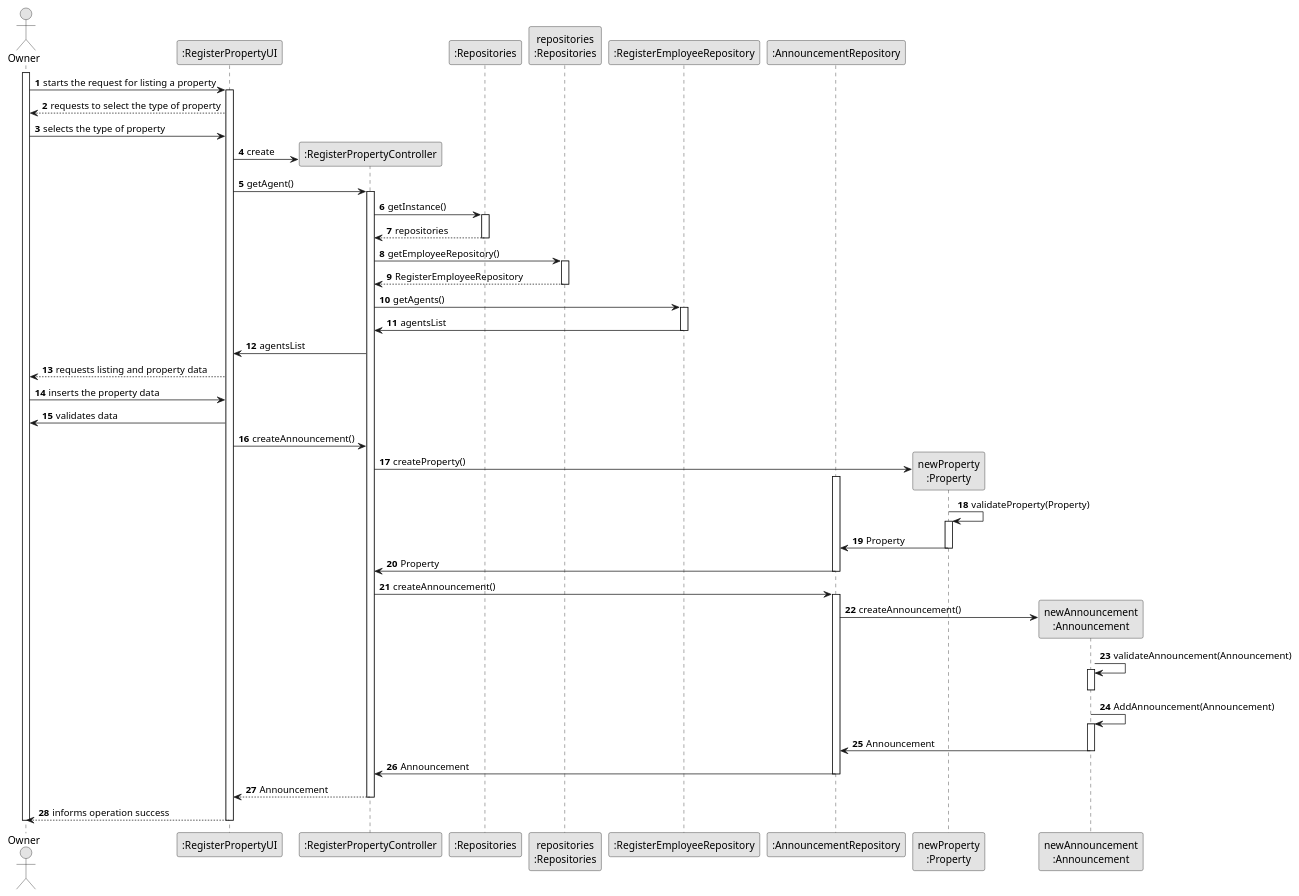
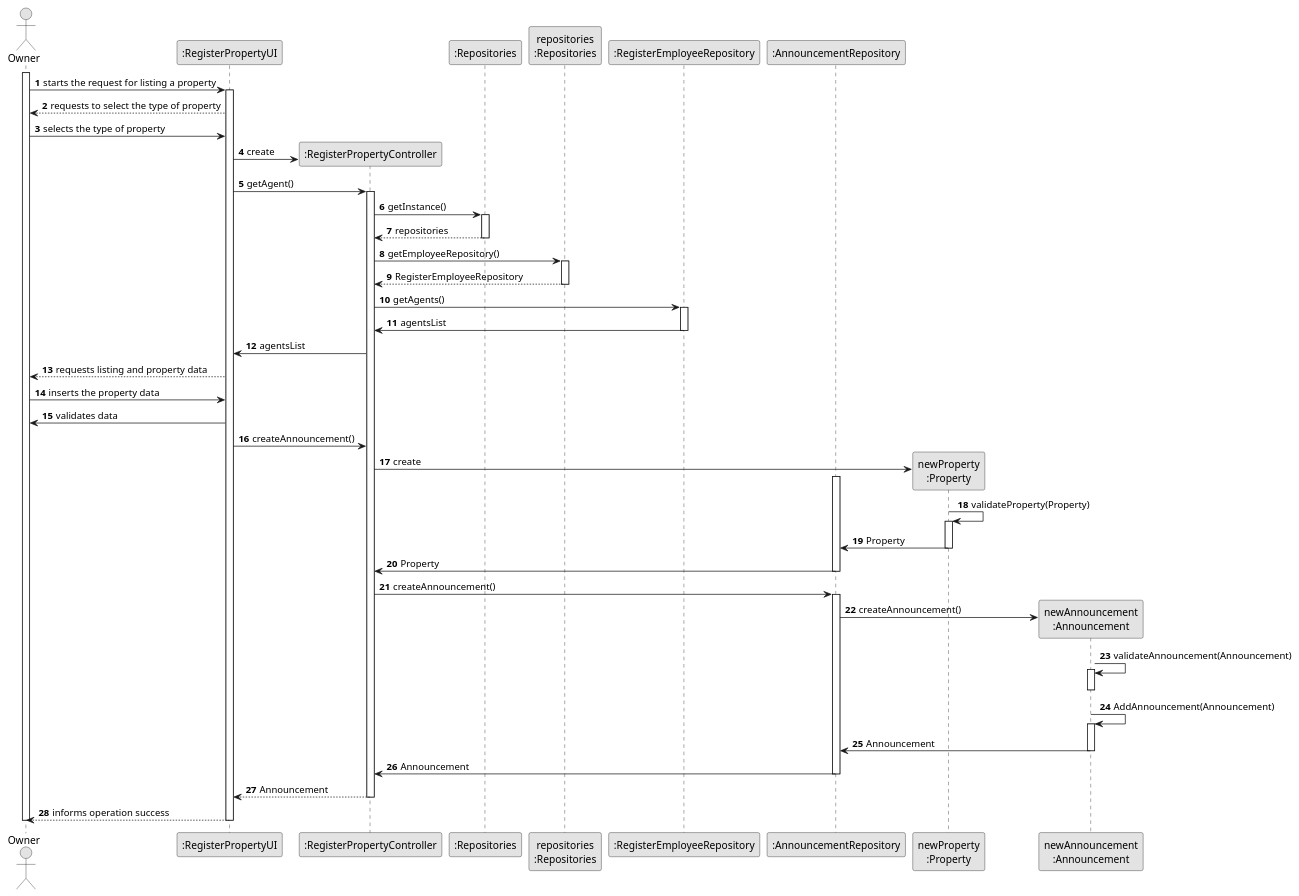
Before and after one commit to tiagohcorreia/LAPR2: the diagram in docs/sprintB/US004/03.design/puml/US004-SD.puml, drawn with PlantUML. The commit also changed 1 other file, not shown here.

```diff
--- a/docs/sprintB/US004/03.design/puml/US004-SD.puml
+++ b/docs/sprintB/US004/03.design/puml/US004-SD.puml
@@ -1,89 +1,89 @@
 @startuml
 skinparam monochrome true
 skinparam packageStyle rectangle
 skinparam shadowing false
 
 autonumber
 
 'hide footbox
 actor Owner as owner
 participant ":RegisterPropertyUI" as ui
 participant ":RegisterPropertyController" as ctrl
 participant ":Repositories" as RepositorySingleton
 participant "repositories\n:Repositories" as rep
 participant ":RegisterEmployeeRepository" as repEmp
 participant ":AnnouncementRepository" as repAnounc
 participant "newProperty\n:Property" as property
 participant "newAnnouncement\n:Announcement" as announcement
 
 activate owner
 
         owner -> ui : starts the request for listing a property
 
         activate ui
 
         ui--> owner : requests to select the type of property
 
         owner -> ui: selects the type of property
 
         ui -> ctrl** : create
 
         ui-> ctrl: getAgent()
 
         activate ctrl
 
         ctrl -> RepositorySingleton: getInstance()
         activate RepositorySingleton
         RepositorySingleton --> ctrl: repositories
         deactivate RepositorySingleton
 
         ctrl -> rep: getEmployeeRepository()
         activate rep
         rep--> ctrl: RegisterEmployeeRepository
         deactivate rep
 
         ctrl ->repEmp: getAgents()
         activate repEmp
         repEmp -> ctrl: agentsList
         deactivate repEmp
 
         ctrl-> ui: agentsList
 
         ui --> owner : requests listing and property data
 
         owner -> ui : inserts the property data
 
         ui-> owner: validates data
 
         ui -> ctrl: createAnnouncement()
-        ctrl -> property**: createProperty()
+        ctrl -> property**: create
         activate repAnounc
         property -> property: validateProperty(Property)
         activate property
         property -> repAnounc: Property
         deactivate property
         repAnounc-> ctrl: Property
         deactivate repAnounc
         deactivate repAnounc
         ctrl -> repAnounc: createAnnouncement()
         activate repAnounc
         repAnounc-> announcement**: createAnnouncement()
         announcement -> announcement: validateAnnouncement(Announcement)
         activate announcement
         deactivate announcement
         announcement -> announcement:AddAnnouncement(Announcement)
         activate announcement
         announcement->repAnounc: Announcement
         deactivate announcement
         repAnounc ->ctrl: Announcement
         deactivate repAnounc
 
             ctrl --> ui: Announcement
         deactivate ctrl
             ui --> owner: informs operation success
         deactivate ui
 
 deactivate owner
 
 
           @enduml
```
